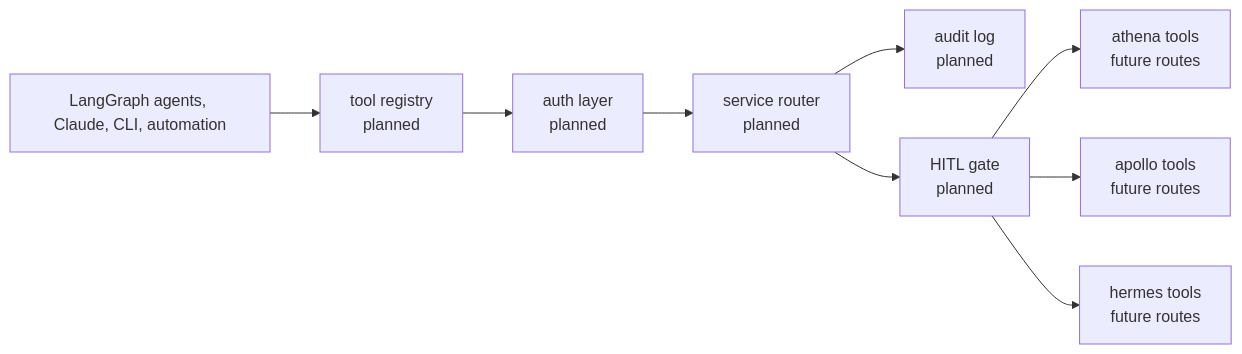
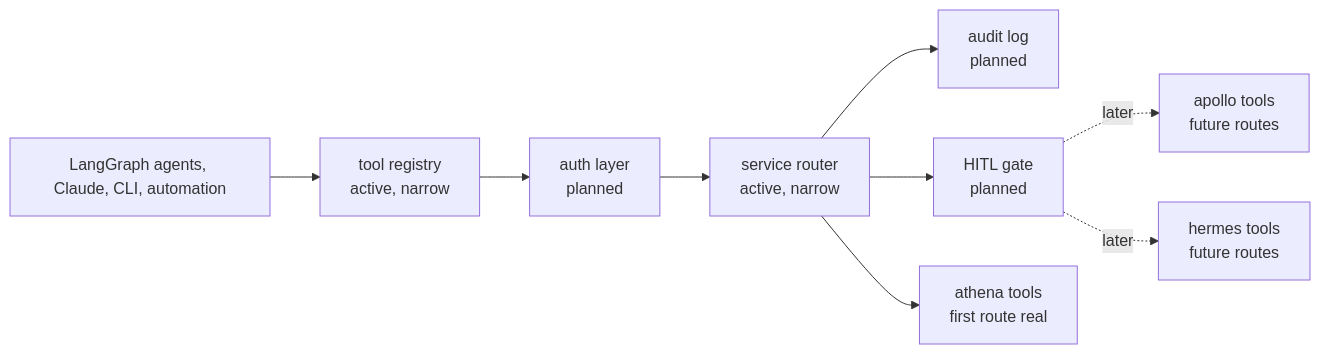
One commit to ixxet/ashton-mcp-gateway changed the diagram in README.md. Above: the diagram before and after it, drawn with Mermaid. The commit also changed other lines of this file and 3 other files, not shown here.

Commit message:
docs: align first gateway route docs

````diff
--- a/README.md
+++ b/README.md
@@ -18,19 +18,19 @@
 ```mermaid
 flowchart LR
   clients["LangGraph agents, Claude, CLI, automation"]
-  registry["tool registry<br/>planned"]
+  registry["tool registry<br/>active, narrow"]
   auth["auth layer<br/>planned"]
-  router["service router<br/>planned"]
+  router["service router<br/>active, narrow"]
   audit["audit log<br/>planned"]
   hitl["HITL gate<br/>planned"]
-  athena["athena tools<br/>future routes"]
+  athena["athena tools<br/>first route real"]
   apollo["apollo tools<br/>future routes"]
   hermes["hermes tools<br/>future routes"]
 
   clients --> registry --> auth --> router
   router --> audit
   router --> hitl
-  hitl --> athena
-  hitl --> apollo
-  hitl --> hermes
+  router --> athena
+  hitl -. later .-> apollo
+  hitl -. later .-> hermes
 ```
````
